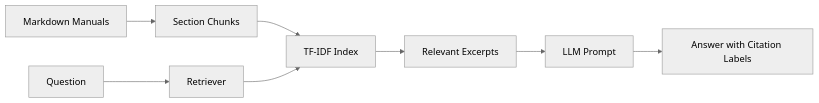
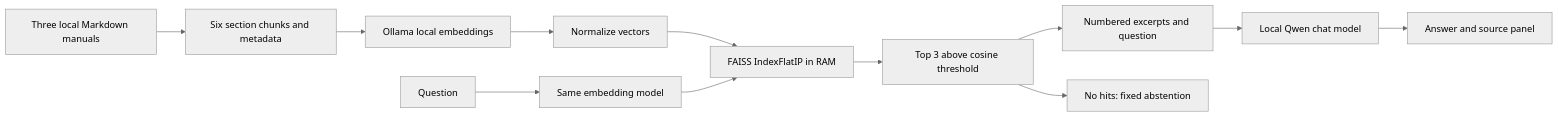
One commit to kaiserg/odyssey-7 changed the first of 2 diagrams in docs/TUTORIAL.md. Above: the diagram before and after it, drawn with Mermaid (neutral theme). The commit also changed other lines of this file and 17 other files, not shown here.

Commit message:
Add local semantic RAG with FAISS, traceable sources and evaluations

````diff
--- a/docs/TUTORIAL.md
+++ b/docs/TUTORIAL.md
@@ -6,6 +12,14 @@
 ```mermaid
 flowchart LR
- A[Markdown Manuals] --> B[Section Chunks] --> C[TF-IDF Index]
- Q[Question] --> R[Retriever] --> C
- C --> E[Relevant Excerpts] --> P[LLM Prompt] --> O[Answer with Citation Labels]
+    M[Three local Markdown manuals] --> C[Six section chunks and metadata]
+    C --> E[Ollama local embeddings]
+    E --> N[Normalize vectors]
+    N --> F[FAISS IndexFlatIP in RAM]
+    Q[Question] --> QE[Same embedding model]
+    QE --> F
+    F --> K[Top 3 above cosine threshold]
+    K --> P[Numbered excerpts and question]
+    P --> L[Local Qwen chat model]
+    L --> A[Answer and source panel]
+    K --> Z[No hits: fixed abstention]
 ```
````
